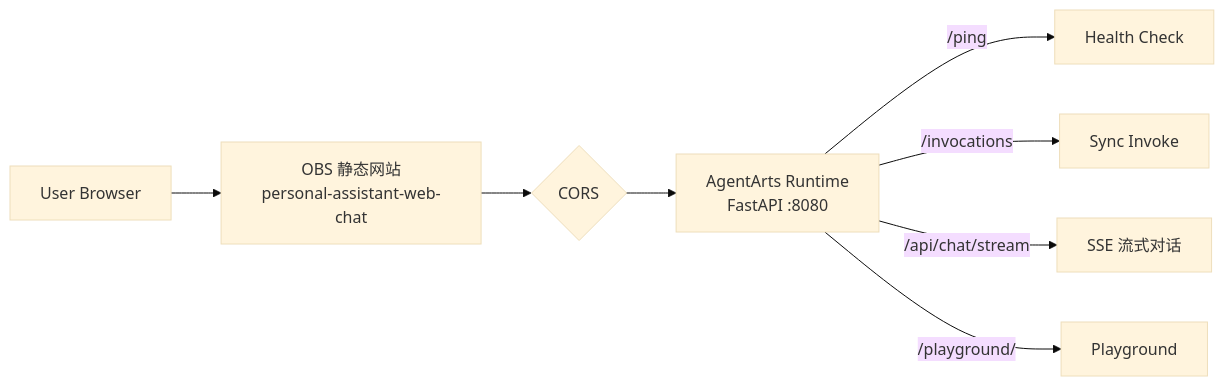
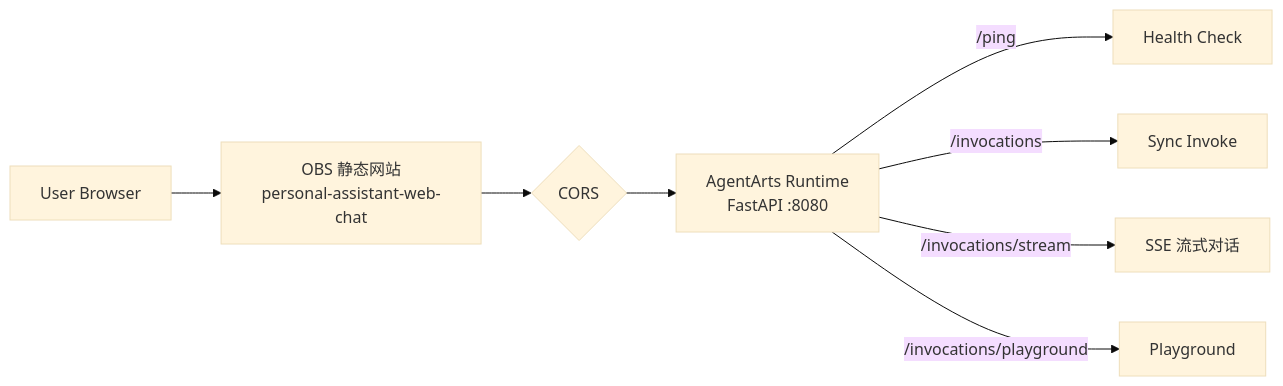
One commit to T-1009/personal-assistant changed the diagram in README.md. Above: the diagram before and after it, drawn with Mermaid (base theme).

Commit message:
docs: update root README Mermaid diagram to /invocations routes

````diff
--- a/README.md
+++ b/README.md
@@ -26,10 +26,10 @@
 ```mermaid
 flowchart LR
     Browser[User Browser] --> OBS[OBS 静态网站<br/>personal-assistant-web-chat]
     OBS --> CORS{CORS}
     CORS --> Runtime[AgentArts Runtime<br/>FastAPI :8080]
     Runtime -->|/ping| Ping[Health Check]
     Runtime -->|/invocations| Inv[Sync Invoke]
-    Runtime -->|/api/chat/stream| SSE[SSE 流式对话]
-    Runtime -->|/playground/| PG[Playground]
+    Runtime -->|/invocations/stream| SSE[SSE 流式对话]
+    Runtime -->|/invocations/playground| PG[Playground]
 ```
````
